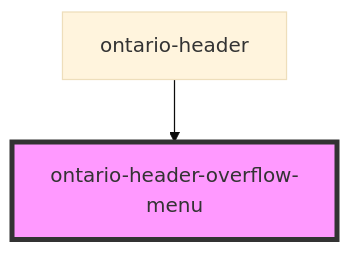
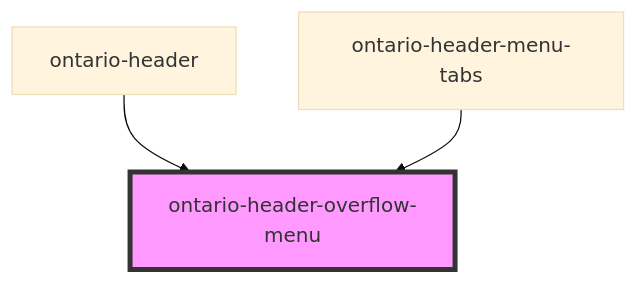
The diagram in packages/ontario-design-system-component-library/src/components/ontario-header-overflow-menu/readme.md (ongov/ontario-design-system), drawn with Mermaid (base theme) before and after one commit. The commit also changed other lines of this file and 6 other files, not shown here.

Commit message:
fix: removed current index from tabs component and added ability to add an icon to menu item

````diff
--- a/packages/ontario-design-system-component-library/src/components/ontario-header-overflow-menu/readme.md
+++ b/packages/ontario-design-system-component-library/src/components/ontario-header-overflow-menu/readme.md
@@ -98,5 +118,6 @@
 ```mermaid
 graph TD;
   ontario-header --> ontario-header-overflow-menu
+  ontario-header-menu-tabs --> ontario-header-overflow-menu
   style ontario-header-overflow-menu fill:#f9f,stroke:#333,stroke-width:4px
 ```
````
